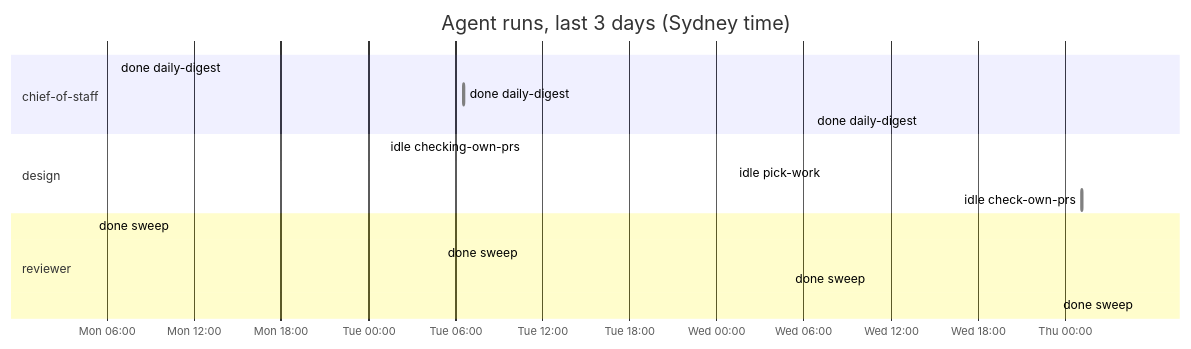
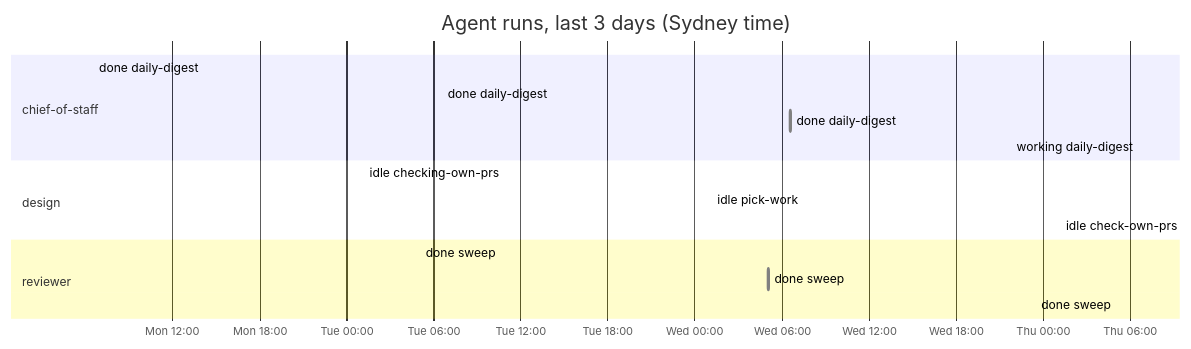
The diagram in dashboard.md (roulmediateam-byte/fifteen-expert-hq), drawn with Mermaid before and after one commit. The commit also changed other lines of this file and 1 other file, not shown here.

````diff
--- a/dashboard.md
+++ b/dashboard.md
@@ -45,19 +45,19 @@
 ```mermaid
 gantt
     title Agent runs, last 3 days (Sydney time)
     dateFormat YYYY-MM-DD HH:mm
     axisFormat %a %H:%M
     section chief-of-staff
     done daily-digest :done, 2026-11-16 06:35, 2026-11-16 06:36
     done daily-digest :done, 2026-11-17 06:35, 2026-11-17 06:36
     done daily-digest :done, 2026-11-18 06:35, 2026-11-18 06:36
+    working daily-digest :active, 2026-11-19 06:35, 2026-11-19 06:35
     section design
     idle checking-own-prs :done, 2026-11-17 01:12, 2026-11-17 01:12
     idle pick-work :done, 2026-11-18 01:11, 2026-11-18 01:11
     idle check-own-prs :done, 2026-11-19 01:10, 2026-11-19 01:11
     section reviewer
-    done sweep :done, 2026-11-16 05:05, 2026-11-16 05:06
     done sweep :done, 2026-11-17 05:05, 2026-11-17 05:05
     done sweep :done, 2026-11-18 05:04, 2026-11-18 05:05
     done sweep :done, 2026-11-19 05:04, 2026-11-19 05:05
 ```
````
